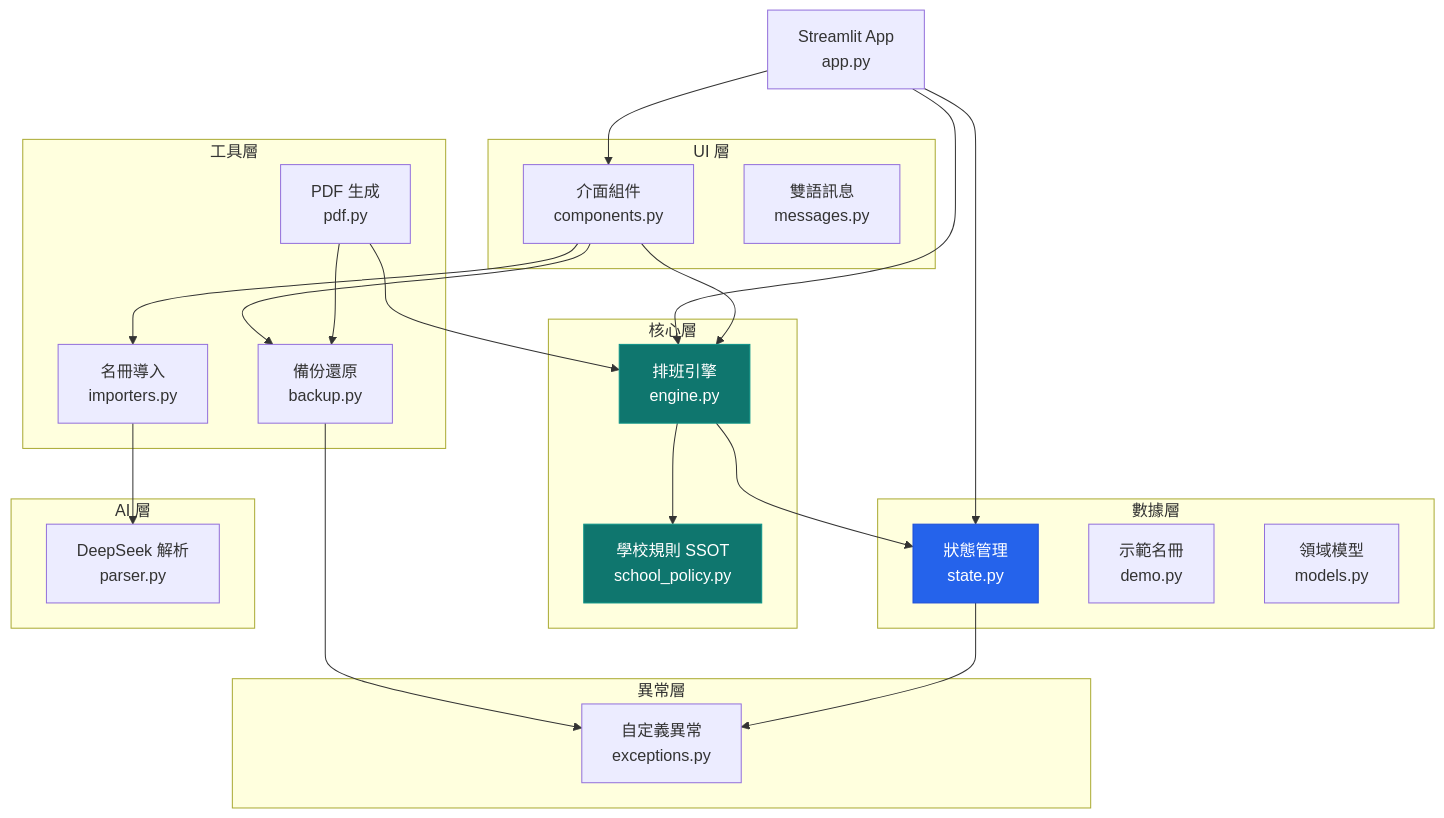
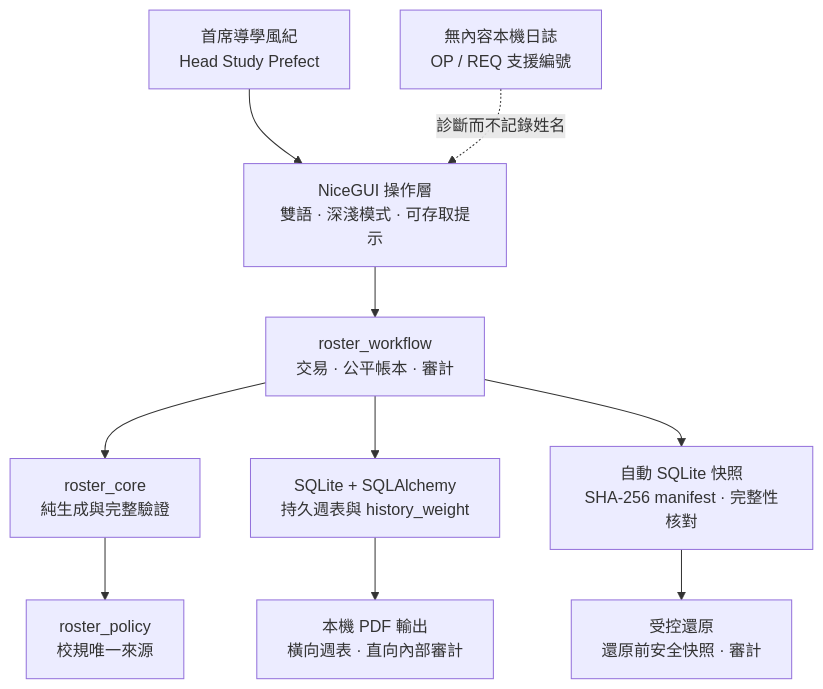
One commit to JackyLi10777/Study-Prefect-Duty-Roster-System changed the first of 2 diagrams in README.md. Above: the diagram before and after it, drawn with Mermaid. The commit also changed other lines of this file and 460 other files, not shown here.

First line of the commit message:
feat: publish NiceGUI self-hosted release

````diff
--- a/README.md
+++ b/README.md
@@ -124,52 +106,12 @@
 ```mermaid
-flowchart TD
-    APP["Streamlit App<br/>app.py"]
-
-    subgraph core["核心層"]
-        ENGINE["排班引擎<br/>engine.py"]
-        POLICY["學校規則 SSOT<br/>school_policy.py"]
-    end
-
-    subgraph data["數據層"]
-        STATE["狀態管理<br/>state.py"]
-        DEMO["示範名冊<br/>demo.py"]
-        MODELS["領域模型<br/>models.py"]
-    end
-
-    subgraph ui["UI 層"]
-        COMPONENTS["介面組件<br/>components.py"]
-        MESSAGES["雙語訊息<br/>messages.py"]
-    end
-
-    subgraph utils["工具層"]
-        PDF["PDF 生成<br/>pdf.py"]
-        BACKUP["備份還原<br/>backup.py"]
-        IMPORTERS["名冊導入<br/>importers.py"]
-    end
-
-    subgraph ai["AI 層"]
-        AI_PARSER["DeepSeek 解析<br/>parser.py"]
-    end
-
-    subgraph errors["異常層"]
-        EXCEPTIONS["自定義異常<br/>exceptions.py"]
-    end
-
-    APP --> ENGINE
-    APP --> STATE
-    APP --> COMPONENTS
-    COMPONENTS --> ENGINE
-    COMPONENTS --> BACKUP
-    COMPONENTS --> IMPORTERS
-    IMPORTERS --> AI_PARSER
-    ENGINE --> POLICY
-    ENGINE --> STATE
-    PDF --> BACKUP
-    PDF --> ENGINE
-    BACKUP --> EXCEPTIONS
-    STATE --> EXCEPTIONS
-
-    style POLICY fill:#0F766E,stroke:#0D9488,color:#fff
-    style ENGINE fill:#0F766E,stroke:#0D9488,color:#fff
-    style STATE fill:#2563EB,stroke:#1D4ED8,color:#fff
+flowchart TB
+    OP["首席導學風紀<br/>Head Study Prefect"] --> UI["NiceGUI 操作層<br/>雙語 · 深淺模式 · 可存取提示"]
+    UI --> WF["roster_workflow<br/>交易 · 公平帳本 · 審計"]
+    WF --> CORE["roster_core<br/>純生成與完整驗證"]
+    CORE --> POLICY["roster_policy<br/>校規唯一來源"]
+    WF --> DB["SQLite + SQLAlchemy<br/>持久週表與 history_weight"]
+    WF --> SNAP["自動 SQLite 快照<br/>SHA-256 manifest · 完整性核對"]
+    DB --> PDF["本機 PDF 輸出<br/>橫向週表 · 直向內部審計"]
+    SNAP --> RESTORE["受控還原<br/>還原前安全快照 · 審計"]
+    LOG["無內容本機日誌<br/>OP / REQ 支援編號"] -. 診斷而不記錄姓名 .-> UI
 ```
````
